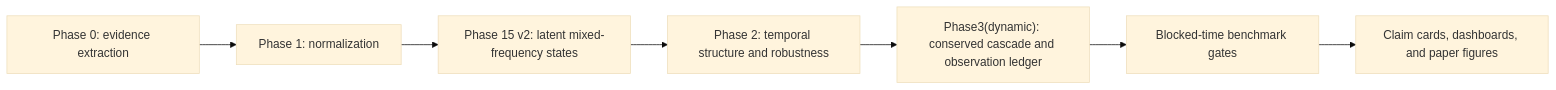
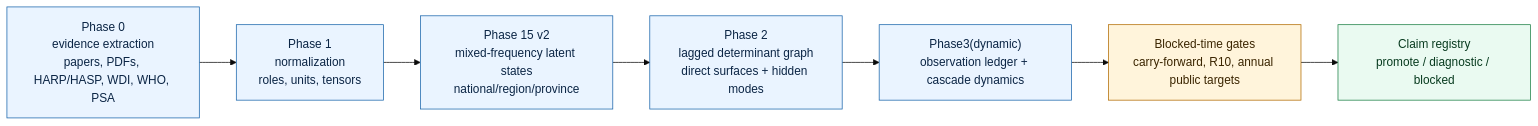
Before and after one commit to gauravshajepal-hash/ModelHIV-PH: the first of 5 diagrams in README.md, drawn with Mermaid (base theme). The commit also changed other lines of this file and 61 other files, not shown here.

Commit message:
Add Phase3 annual ledger audit and visual README

````diff
--- a/README.md
+++ b/README.md
@@ -110,9 +46,16 @@
 ```mermaid
 flowchart LR
-    A["Phase 0: evidence extraction"] --> B["Phase 1: normalization"]
-    B --> C["Phase 15 v2: latent mixed-frequency states"]
-    C --> D["Phase 2: temporal structure and robustness"]
-    D --> E["Phase3(dynamic): conserved cascade and observation ledger"]
-    E --> F["Blocked-time benchmark gates"]
-    F --> G["Claim cards, dashboards, and paper figures"]
+    P0["Phase 0<br/>evidence extraction<br/>papers, PDFs, HARP/HASP, WDI, WHO, PSA"] --> P1["Phase 1<br/>normalization<br/>roles, units, tensors"]
+    P1 --> P15["Phase 15 v2<br/>mixed-frequency latent states<br/>national/region/province"]
+    P15 --> P2["Phase 2<br/>lagged determinant graph<br/>direct surfaces + hidden modes"]
+    P2 --> P3["Phase3(dynamic)<br/>observation ledger + cascade dynamics"]
+    P3 --> G["Blocked-time gates<br/>carry-forward, R10, annual public targets"]
+    G --> C["Claim registry<br/>promote / diagnostic / blocked"]
+
+    classDef phase fill:#eaf4ff,stroke:#1864ab,stroke-width:1px,color:#0b2545;
+    classDef gate fill:#fff4db,stroke:#b26b00,stroke-width:1px,color:#3b2500;
+    classDef claim fill:#eafaf1,stroke:#1b7f45,stroke-width:1px,color:#083b1f;
+    class P0,P1,P15,P2,P3 phase;
+    class G gate;
+    class C claim;
 ```
````
